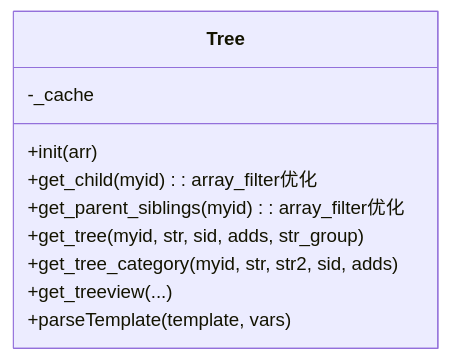
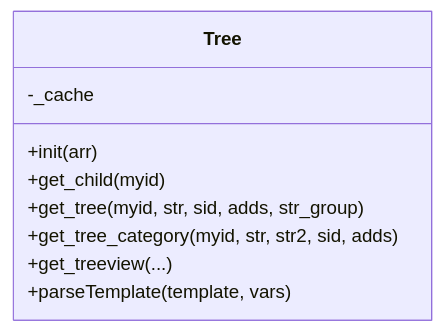
One commit to lirongyaoper/lryblog.com changed the fourth of 7 diagrams in .qoder/repowiki/zh/content/系统架构/模块化设计/后台管理模块/分类管理.md. Above: the diagram before and after it, drawn with Mermaid. The commit also changed other lines of this file and 13 other files, not shown here.

````diff
--- a/.qoder/repowiki/zh/content/系统架构/模块化设计/后台管理模块/分类管理.md
+++ b/.qoder/repowiki/zh/content/系统架构/模块化设计/后台管理模块/分类管理.md
@@ -233,13 +188,12 @@
 ```mermaid
 classDiagram
 class Tree {
 +init(arr)
-+get_child(myid) : array_filter优化
-+get_parent_siblings(myid) : array_filter优化
++get_child(myid)
 +get_tree(myid, str, sid, adds, str_group)
 +get_tree_category(myid, str, str2, sid, adds)
 +get_treeview(...)
 +parseTemplate(template, vars)
 -_cache
 }
 ```
````
